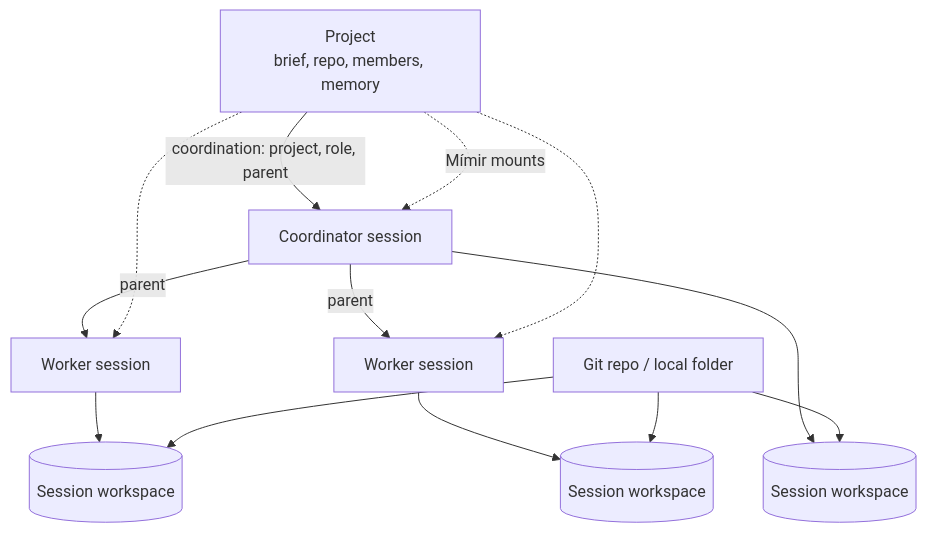
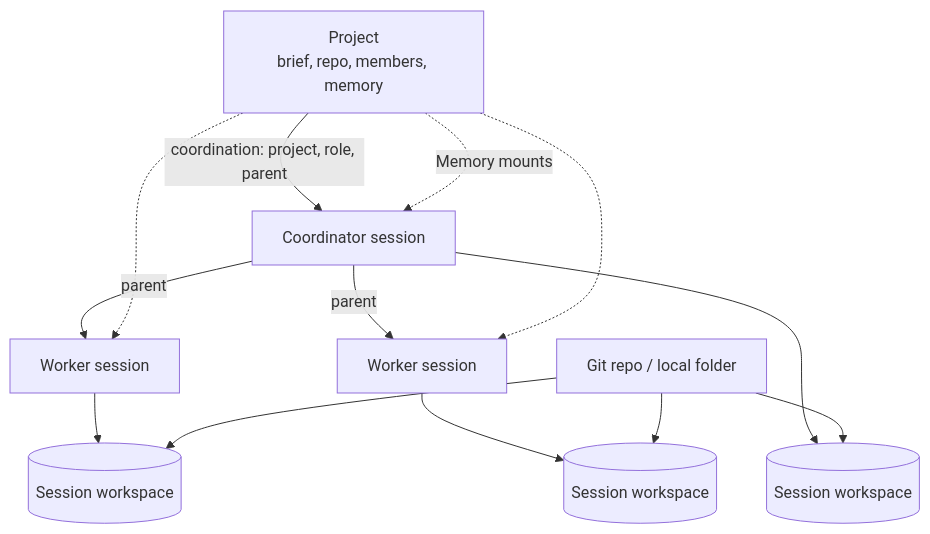
The diagram in docs/site/architecture/forge/workspaces-and-projects.md (niuulabs/niuu), drawn with Mermaid before and after one commit. The commit also changed other lines of this file and 65 other files, not shown here.

````diff
--- a/docs/site/architecture/forge/workspaces-and-projects.md
+++ b/docs/site/architecture/forge/workspaces-and-projects.md
@@ -22,15 +22,15 @@
 ```mermaid
 flowchart TD
     P[Project<br/>brief, repo, members, memory] -->|coordination: project, role, parent| S1[Coordinator session]
     S1 -->|parent| S2[Worker session]
     S1 -->|parent| S3[Worker session]
     S1 --> W1[(Session workspace)]
     S2 --> W2[(Session workspace)]
     S3 --> W3[(Session workspace)]
     SRC[Git repo / local folder] --> W1
     SRC --> W2
     SRC --> W3
-    P -.->|Mímir mounts| S1
+    P -.->|Memory mounts| S1
     P -.-> S2
     P -.-> S3
 ```
````
